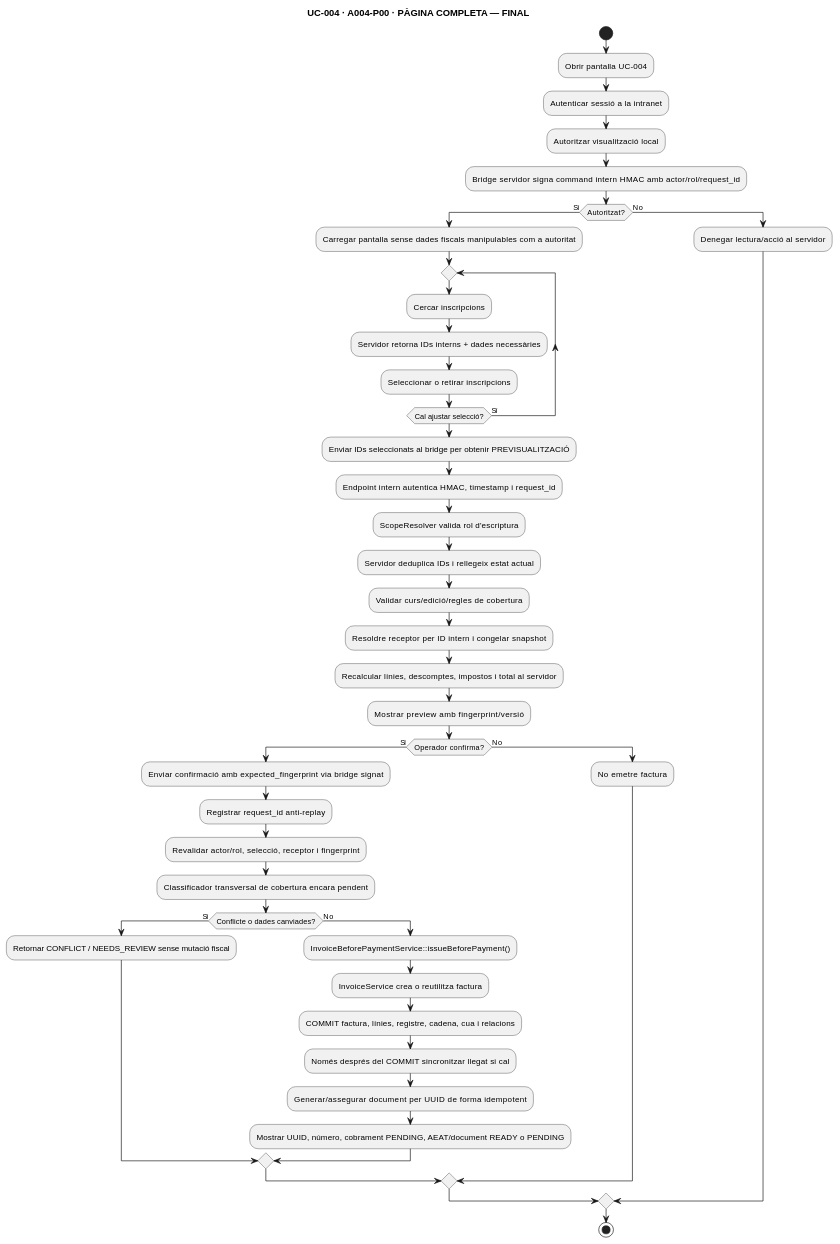
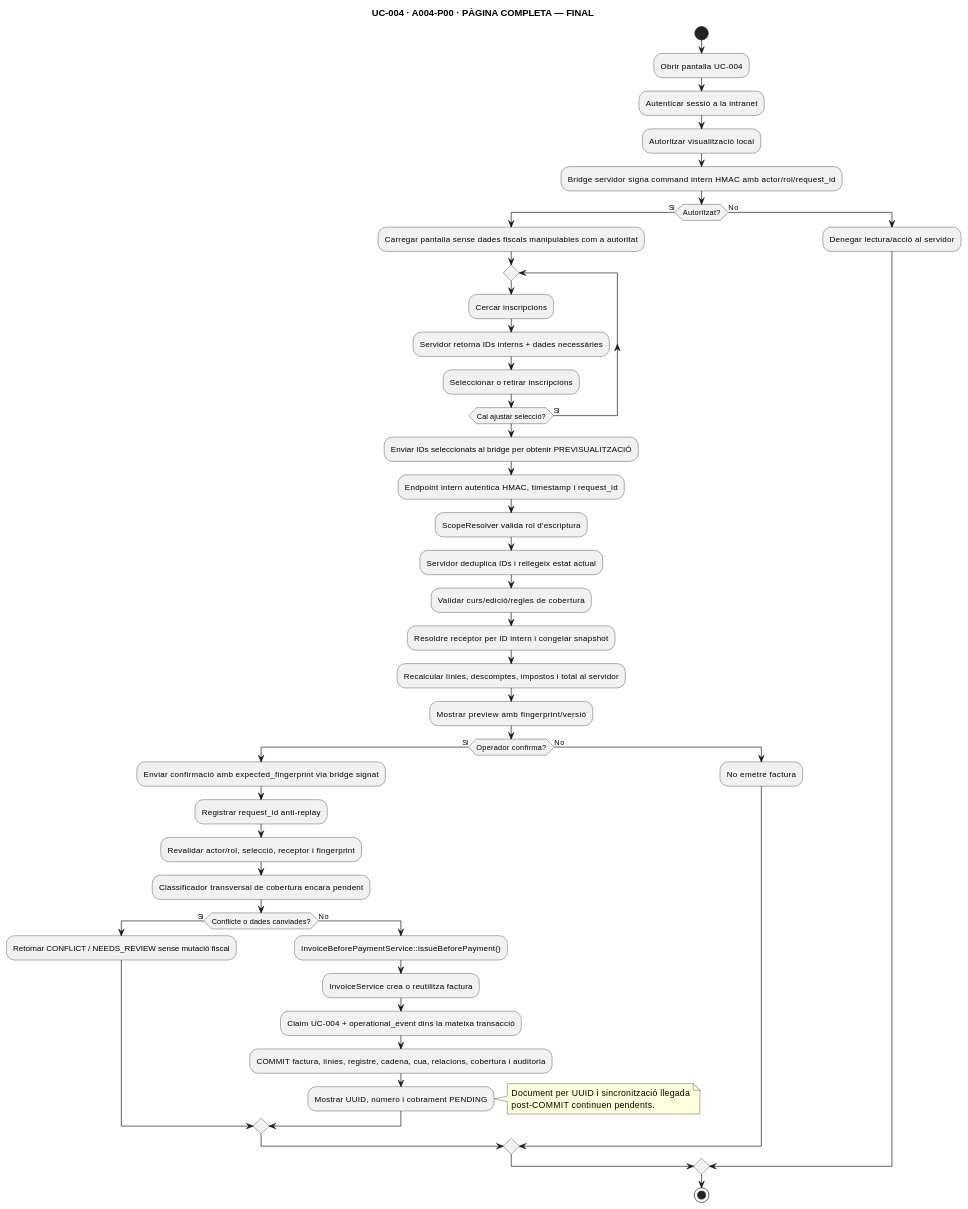
Before and after one commit to orgmeriemprismacat-del/verifactu: the second of 14 diagrams in documentacio/07-uml-integrat/uc-004-activitats-actual-final.md, drawn with PlantUML.

Commit message:
docs(uc-004): corregir activitat completa amb estat implementat

````diff
--- a/documentacio/07-uml-integrat/uc-004-activitats-actual-final.md
+++ b/documentacio/07-uml-integrat/uc-004-activitats-actual-final.md
@@ -96,49 +96,52 @@
 ```plantuml
 @startuml
 title UC-004 · A004-P00 · PÀGINA COMPLETA — FINAL
 start
 :Obrir pantalla UC-004;
 :Autenticar sessió a la intranet;
 :Autoritzar visualització local;
 :Bridge servidor signa command intern HMAC amb actor/rol/request_id;
 if (Autoritzat?) then (Sí)
   :Carregar pantalla sense dades fiscals manipulables com a autoritat;
   repeat
     :Cercar inscripcions;
     :Servidor retorna IDs interns + dades necessàries;
     :Seleccionar o retirar inscripcions;
   repeat while (Cal ajustar selecció?) is (Sí)
 
   :Enviar IDs seleccionats al bridge per obtenir PREVISUALITZACIÓ;
   :Endpoint intern autentica HMAC, timestamp i request_id;
   :ScopeResolver valida rol d'escriptura;
   :Servidor deduplica IDs i rellegeix estat actual;
   :Validar curs/edició/regles de cobertura;
   :Resoldre receptor per ID intern i congelar snapshot;
   :Recalcular línies, descomptes, impostos i total al servidor;
   :Mostrar preview amb fingerprint/versió;
 
   if (Operador confirma?) then (Sí)
     :Enviar confirmació amb expected_fingerprint via bridge signat;
     :Registrar request_id anti-replay;
     :Revalidar actor/rol, selecció, receptor i fingerprint;
     :Classificador transversal de cobertura encara pendent;
     if (Conflicte o dades canviades?) then (Sí)
       :Retornar CONFLICT / NEEDS_REVIEW sense mutació fiscal;
     else (No)
       :InvoiceBeforePaymentService::issueBeforePayment();
       :InvoiceService crea o reutilitza factura;
-      :COMMIT factura, línies, registre, cadena, cua i relacions;
-      :Només després del COMMIT sincronitzar llegat si cal;
-      :Generar/assegurar document per UUID de forma idempotent;
-      :Mostrar UUID, número, cobrament PENDING, AEAT/document READY o PENDING;
+      :Claim UC-004 + operational_event dins la mateixa transacció;
+      :COMMIT factura, línies, registre, cadena, cua, relacions, cobertura i auditoria;
+      :Mostrar UUID, número i cobrament PENDING;
+      note right
+        Document per UUID i sincronització llegada
+        post-COMMIT continuen pendents.
+      end note
     endif
   else (No)
     :No emetre factura;
   endif
 else (No)
   :Denegar lectura/acció al servidor;
 endif
 stop
 @enduml
 ```
````
